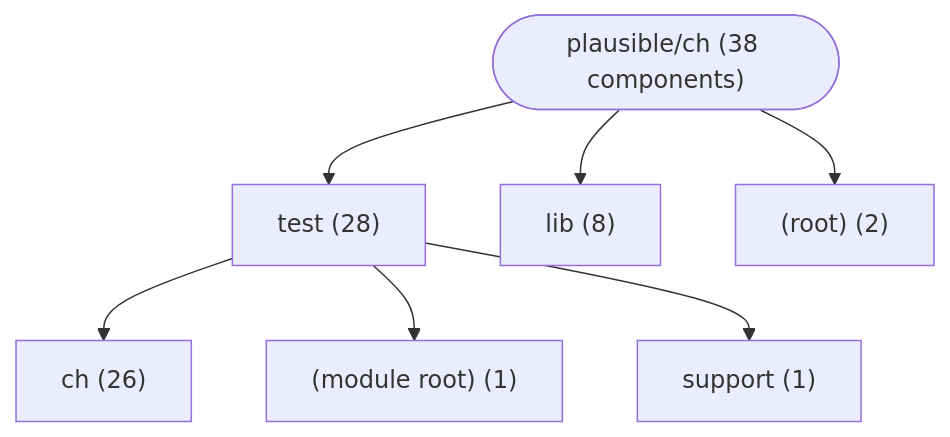
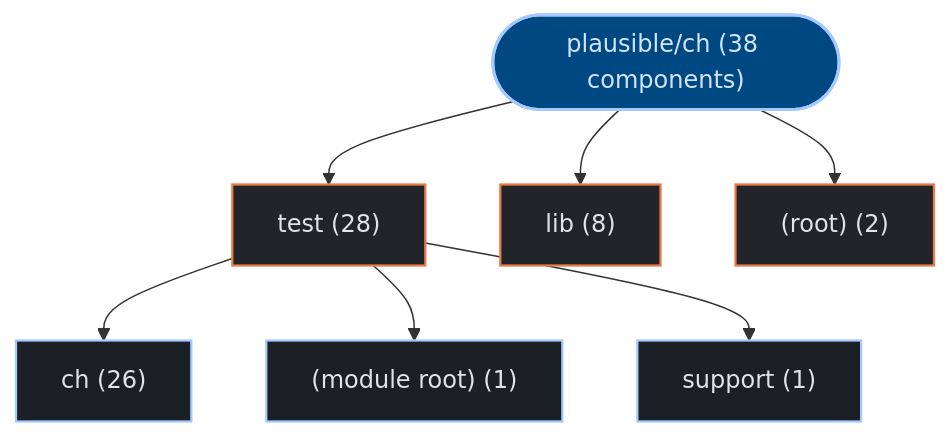
Before and after one commit to kumarshaz/atruss-code-atlas: the first of 3 diagrams in exports/latest/reports/plausible-ch-report.md, drawn with Mermaid. The commit also changed other lines of this file and 331 other files, not shown here.

Commit message:
docs,ui,fix: update SDLC docs, reorder CI/CD DAG first, stylize Mermaid, and fix Arc42 pipeline topology

````diff
--- a/exports/latest/reports/plausible-ch-report.md
+++ b/exports/latest/reports/plausible-ch-report.md
@@ -42,16 +42,23 @@
 ```mermaid
 graph TD;
-    repo_root(["plausible/ch (38 components)"])
-    dir_0_test["test (28)"]
+  classDef atlasRoot fill:#004882,stroke:#a3c9ff,stroke-width:2px,color:#d3e4ff
+  classDef atlasCategory fill:#212428,stroke:#E87A48,stroke-width:1.5px,color:#dfe3eb
+  classDef atlasWorkflow fill:#1b2026,stroke:#a3c9ff,stroke-width:1.5px,color:#dfe3eb
+  classDef atlasJob fill:#171c22,stroke:#8d9199,stroke-width:1px,color:#dfe3eb
+  classDef atlasTarget fill:#005227,stroke:#8bd99b,stroke-width:1.5px,color:#a7f6b6
+  classDef atlasAlert fill:#93000a,stroke:#ffb4ab,stroke-width:1.5px,color:#ffdad6
+  classDef atlasMore fill:#252a31,stroke:#8d9199,stroke-dasharray:4 4,color:#c3c6cf
+    repo_root(["plausible/ch (38 components)"]):::atlasRoot
+    dir_0_test["test (28)"]:::atlasCategory
     repo_root --> dir_0_test
-    sub_0_0_ch["ch (26)"]
+    sub_0_0_ch["ch (26)"]:::atlasWorkflow
     dir_0_test --> sub_0_0_ch
-    sub_0_1__module_root_["(module root) (1)"]
+    sub_0_1__module_root_["(module root) (1)"]:::atlasWorkflow
     dir_0_test --> sub_0_1__module_root_
-    sub_0_2_support["support (1)"]
+    sub_0_2_support["support (1)"]:::atlasWorkflow
     dir_0_test --> sub_0_2_support
-    dir_1_lib["lib (8)"]
+    dir_1_lib["lib (8)"]:::atlasCategory
     repo_root --> dir_1_lib
-    dir_2__root_["(root) (2)"]
+    dir_2__root_["(root) (2)"]:::atlasCategory
     repo_root --> dir_2__root_
 ```
````
